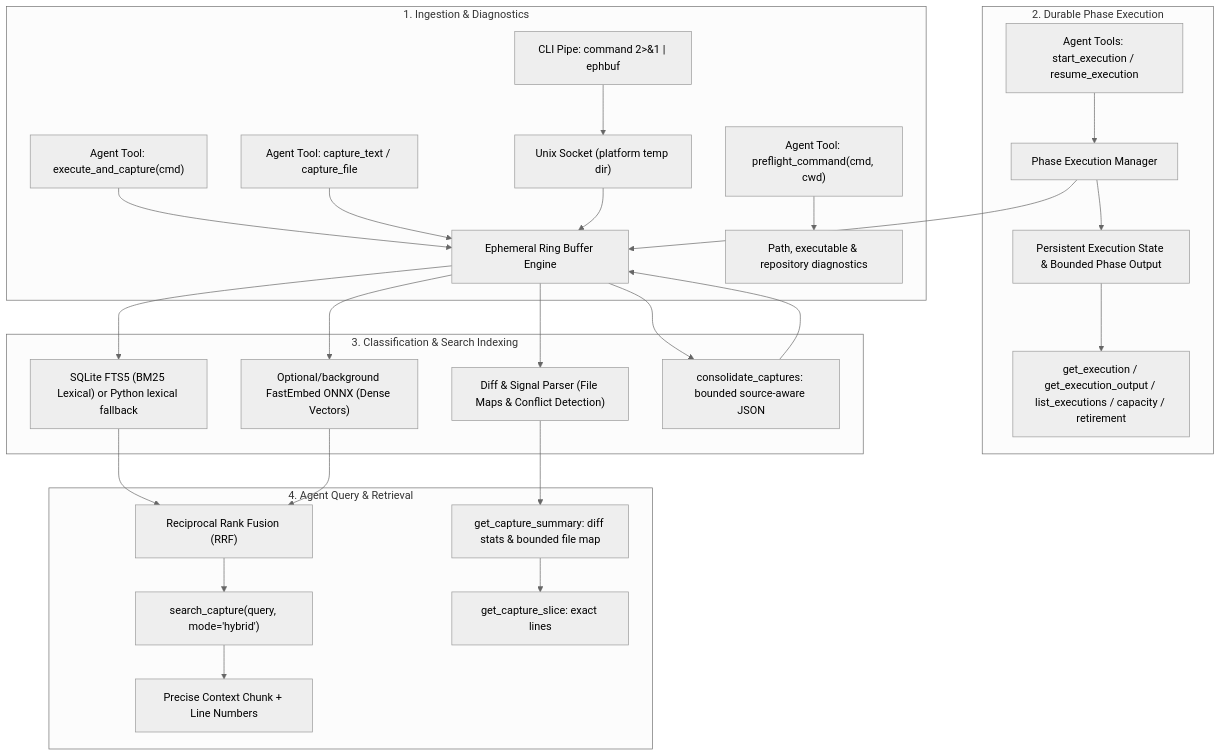
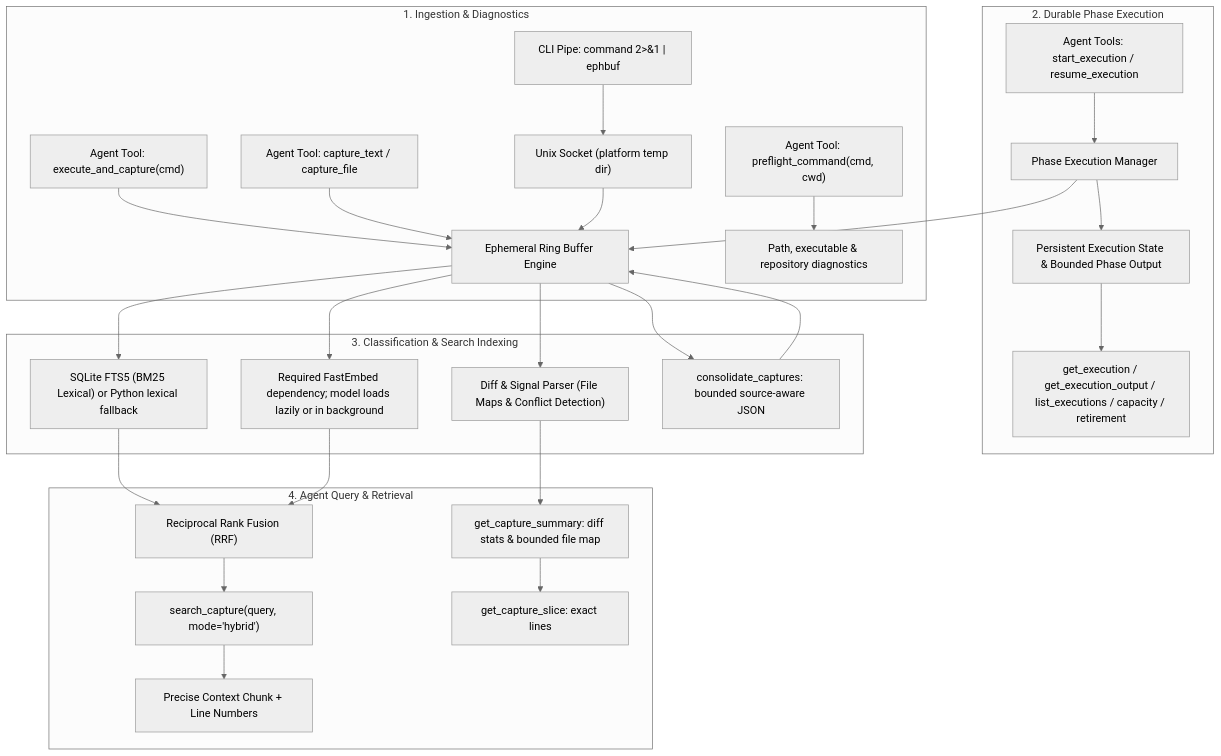
The diagram in docs/architecture.md (k-rister/ephemeral-buffer-mcp), drawn with Mermaid (neutral theme) before and after one commit. The commit also changed other lines of this file and 3 other files, not shown here.

````diff
--- a/docs/architecture.md
+++ b/docs/architecture.md
@@ -3,33 +3,33 @@
 ```mermaid
 flowchart TD
     subgraph Ingestion["1. Ingestion & Diagnostics"]
         A["CLI Pipe: command 2>&1 | ephbuf"] --> D["Unix Socket (platform temp dir)"]
         B["Agent Tool: execute_and_capture(cmd)"] --> E["Ephemeral Ring Buffer Engine"]
         C["Agent Tool: capture_text / capture_file"] --> E
         D --> E
         P["Agent Tool: preflight_command(cmd, cwd)"] --> Q["Path, executable & repository diagnostics"]
     end
 
     subgraph Execution["2. Durable Phase Execution"]
         X["Agent Tools: start_execution / resume_execution"] --> Y["Phase Execution Manager"]
         Y --> Z["Persistent Execution State & Bounded Phase Output"]
         Y --> E
         Z --> AA["get_execution / get_execution_output / list_executions / capacity / retirement"]
     end
 
     subgraph Indexing["3. Classification & Search Indexing"]
         E --> F["SQLite FTS5 (BM25 Lexical) or Python lexical fallback"]
-        E --> G["Optional/background FastEmbed ONNX (Dense Vectors)"]
+        E --> G["Required FastEmbed dependency; model loads lazily or in background"]
         E --> K["Diff & Signal Parser (File Maps & Conflict Detection)"]
         E --> M["consolidate_captures: bounded source-aware JSON"]
         M --> E
     end
 
     subgraph Querying["4. Agent Query & Retrieval"]
         F & G --> H["Reciprocal Rank Fusion (RRF)"]
         H --> I["search_capture(query, mode='hybrid')"]
         K --> L["get_capture_summary: diff stats & bounded file map"]
         L --> N["get_capture_slice: exact lines"]
         I --> J["Precise Context Chunk + Line Numbers"]
     end
 ```
````
